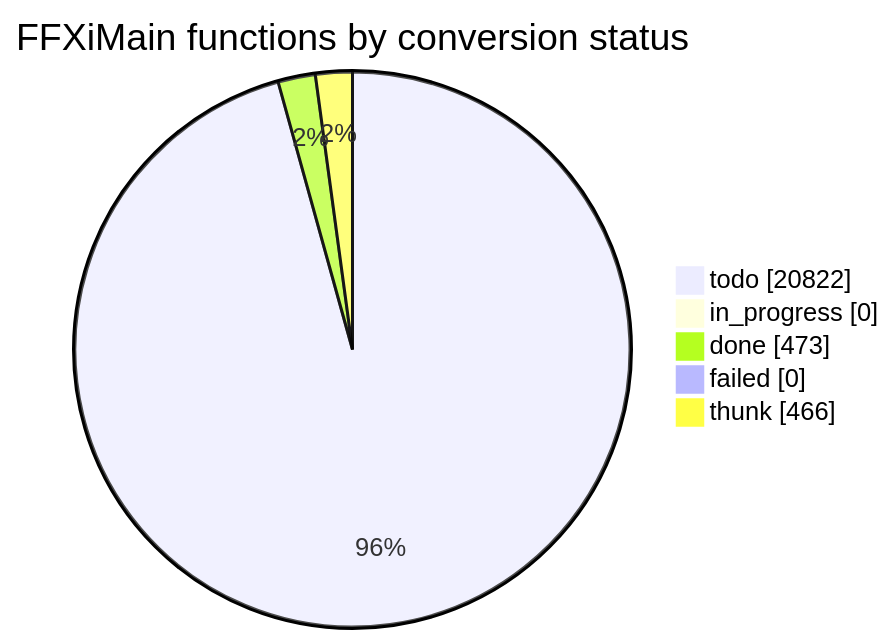
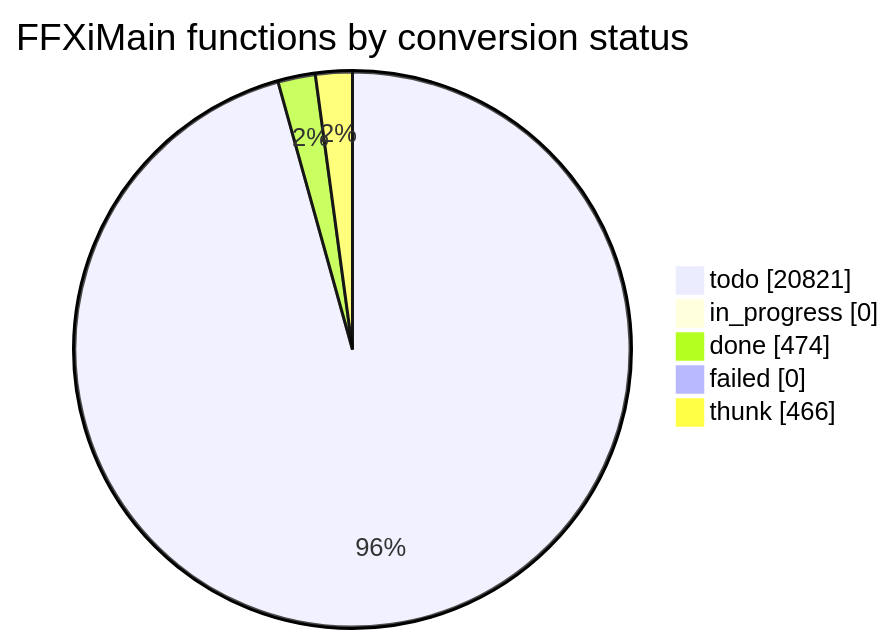
Before and after one commit to cowrevenge/cow_kuluu_xi_anything: the diagram in docs/cow/STATUS.md, drawn with Mermaid. The commit also changed other lines of this file and 9 other files, not shown here.

````diff
--- a/docs/cow/STATUS.md
+++ b/docs/cow/STATUS.md
@@ -18,9 +18,9 @@
 ```mermaid
 pie showData
     title FFXiMain functions by conversion status
-    "todo" : 20822
+    "todo" : 20821
     "in_progress" : 0
-    "done" : 473
+    "done" : 474
     "failed" : 0
     "thunk" : 466
 ```
````
